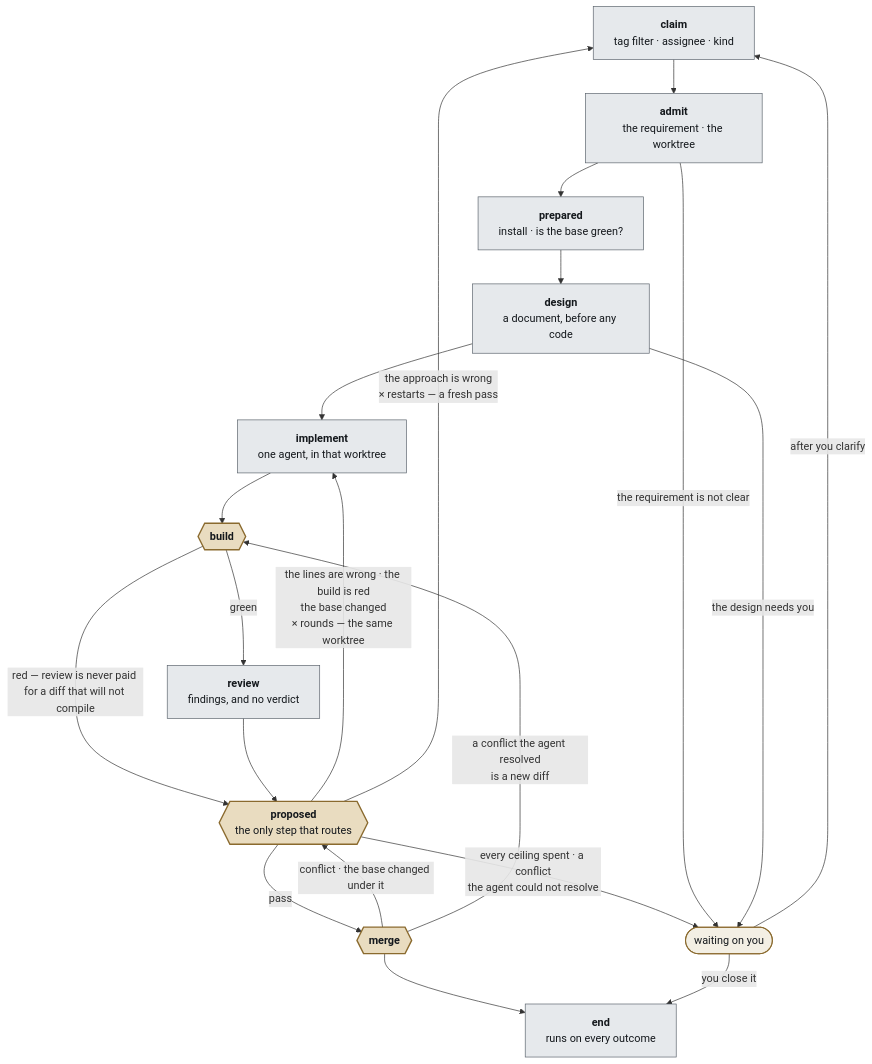
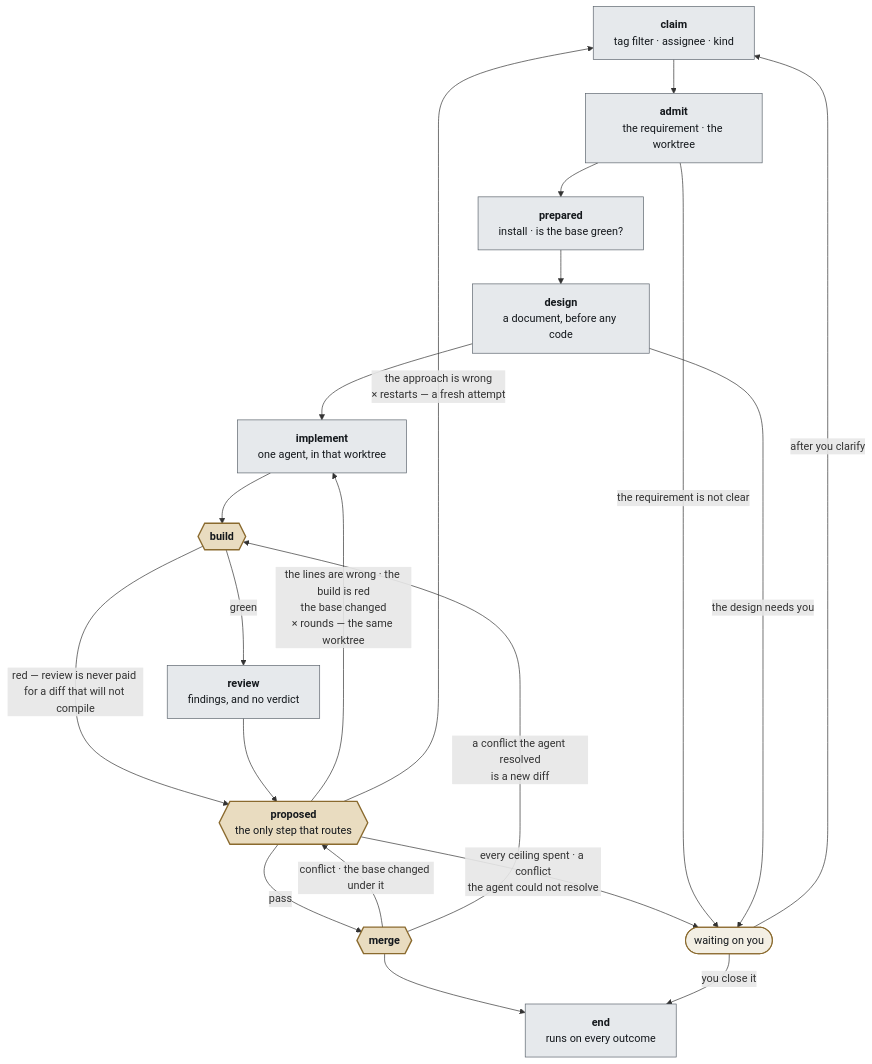
The diagram in doc/decisions/zh/0058-lingtai-is-a-development-pipeline.md (steven-zhc/lingtai), drawn with Mermaid before and after one commit. The commit also changed other lines of this file and 11 other files, not shown here.

````diff
--- a/doc/decisions/zh/0058-lingtai-is-a-development-pipeline.md
+++ b/doc/decisions/zh/0058-lingtai-is-a-development-pipeline.md
@@ -178,38 +178,38 @@
 ```mermaid
 flowchart TB
   CL["<b>claim</b><br/>tag filter · assignee · kind"]
   AD["<b>admit</b><br/>the requirement · the worktree"]
   PR["<b>prepared</b><br/>install · is the base green?"]
   DS["<b>design</b><br/>a document, before any code"]
   IM["<b>implement</b><br/>one agent, in that worktree"]
   BU{{"<b>build</b>"}}
   RV["<b>review</b><br/>findings, and no verdict"]
   PO{{"<b>proposed</b><br/>the only step that routes"}}
   MG{{"<b>merge</b>"}}
   EN["<b>end</b><br/>runs on every outcome"]
   WA(["waiting on you"])
 
   CL --> AD --> PR --> DS --> IM --> BU
   BU -->|"green"| RV
   BU -->|"red — review is never paid for a diff that will not compile"| PO
   RV --> PO
   PO -->|"pass"| MG
   MG --> EN
   MG -->|"conflict · the base changed under it"| PO
   MG -->|"a conflict the agent resolved<br/>is a new diff"| BU
 
   PO -->|"the lines are wrong · the build is red<br/>the base changed<br/>× rounds — the same worktree"| IM
-  PO -->|"the approach is wrong<br/>× restarts — a fresh pass"| CL
+  PO -->|"the approach is wrong<br/>× restarts — a fresh attempt"| CL
   PO -->|"every ceiling spent · a conflict<br/>the agent could not resolve"| WA
   AD -->|"the requirement is not clear"| WA
   DS -->|"the design needs you"| WA
   WA -->|"after you clarify"| CL
   WA -->|"you close it"| EN
 
   classDef gate fill:#e9dcc0,stroke:#8a6a2e,stroke-width:2px,color:#14181c;
   classDef core fill:#e6e9ec,stroke:#5c646d,color:#14181c;
   classDef back fill:#f3efe4,stroke:#8a6a2e,stroke-width:1.5px,color:#14181c;
   class BU,PO,MG gate;
   class CL,AD,PR,DS,IM,RV,EN core;
   class WA back;
 ```
````
